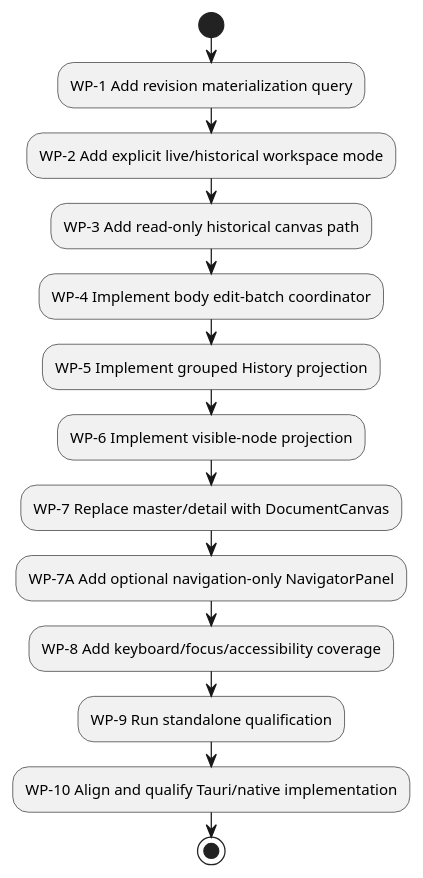
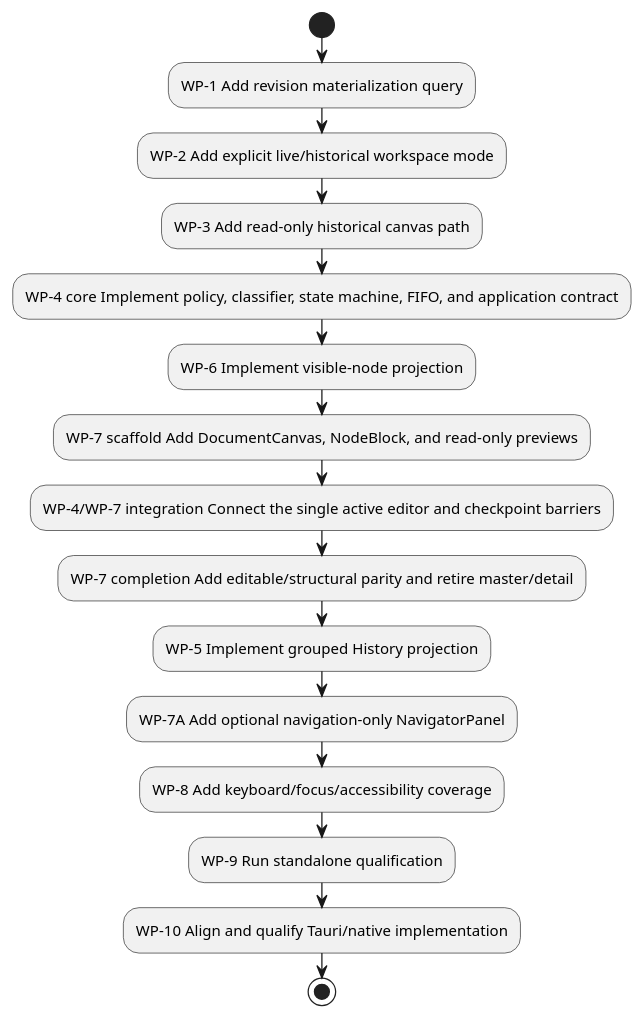
Before and after one commit to benoit-gl/coedit: the second of 2 diagrams in docs/proposals/README.md, drawn with PlantUML. The commit also changed other lines of this file and 3 other files, not shown here.

````diff
--- a/docs/proposals/README.md
+++ b/docs/proposals/README.md
@@ -155,17 +156,19 @@
 ```plantuml
 @startuml
 start
 :WP-1 Add revision materialization query;
 :WP-2 Add explicit live/historical workspace mode;
 :WP-3 Add read-only historical canvas path;
-:WP-4 Implement body edit-batch coordinator;
+:WP-4 core Implement policy, classifier, state machine, FIFO, and application contract;
+:WP-6 Implement visible-node projection;
+:WP-7 scaffold Add DocumentCanvas, NodeBlock, and read-only previews;
+:WP-4/WP-7 integration Connect the single active editor and checkpoint barriers;
+:WP-7 completion Add editable/structural parity and retire master/detail;
 :WP-5 Implement grouped History projection;
-:WP-6 Implement visible-node projection;
-:WP-7 Replace master/detail with DocumentCanvas;
 :WP-7A Add optional navigation-only NavigatorPanel;
 :WP-8 Add keyboard/focus/accessibility coverage;
 :WP-9 Run standalone qualification;
 :WP-10 Align and qualify Tauri/native implementation;
 stop
 @enduml
 ```
````
